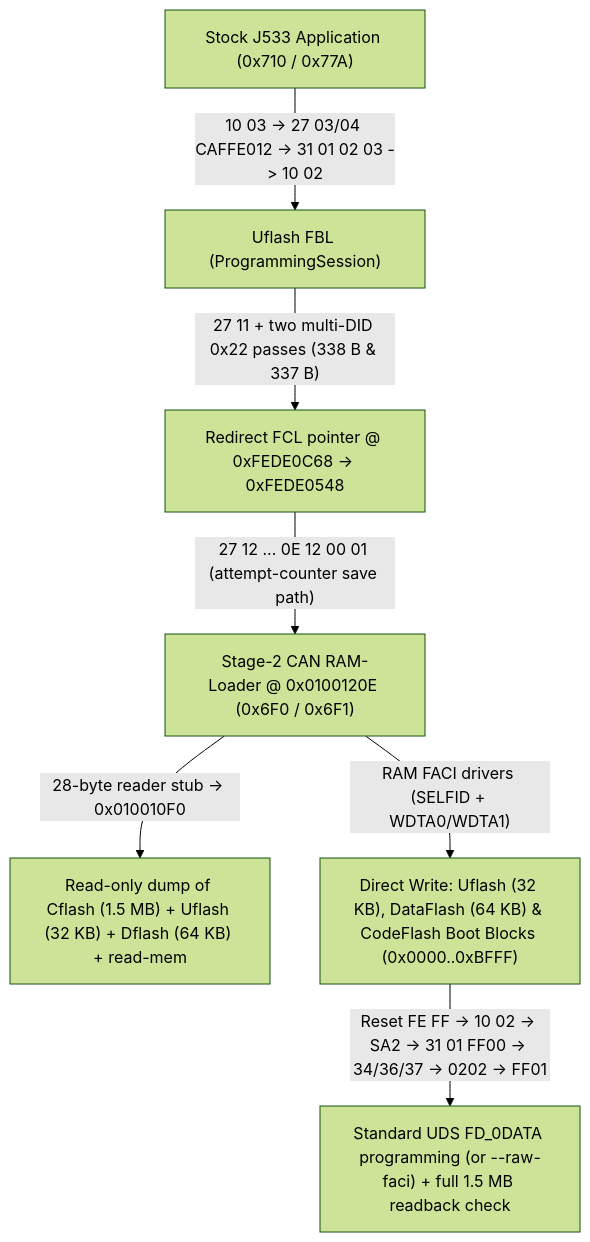
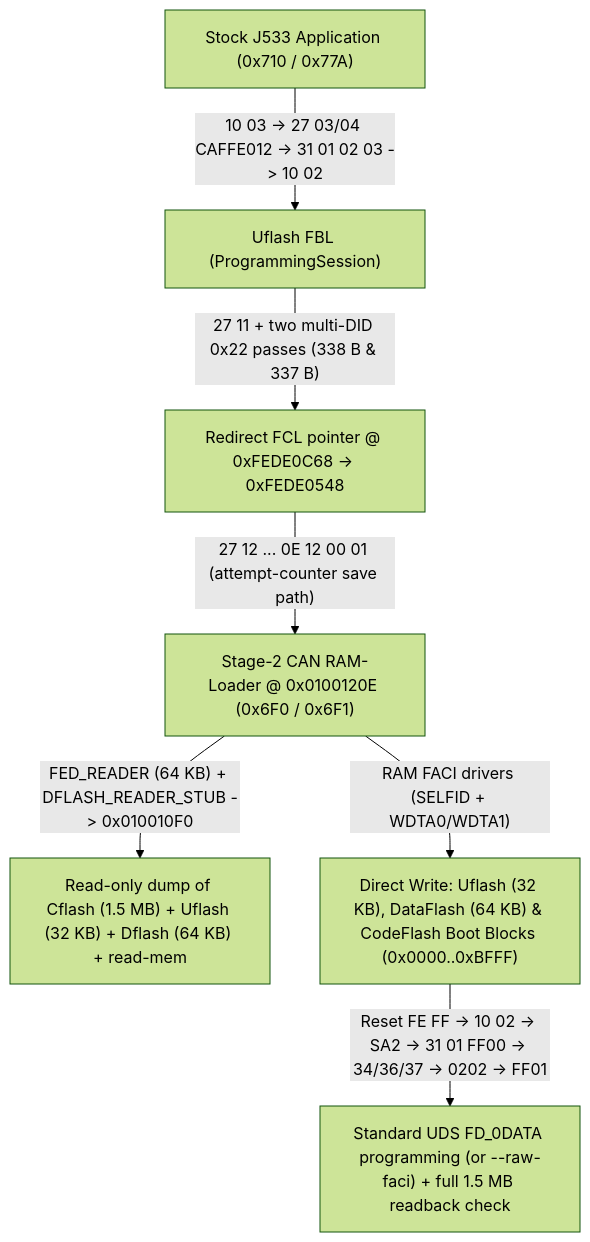
The diagram in docs/can-read-write.en.md (perkthefox/mqb_contitool), drawn with Mermaid (forest theme) before and after one commit. The commit also changed other lines of this file and 47 other files, not shown here.

````diff
--- a/docs/can-read-write.en.md
+++ b/docs/can-read-write.en.md
@@ -47,9 +61,9 @@
 ```mermaid
 flowchart TD
     APP["Stock J533 Application (0x710 / 0x77A)"] -->|"10 03 -> 27 03/04 CAFFE012 -> 31 01 02 03 -> 10 02"| FBL["Uflash FBL (ProgrammingSession)"]
     FBL -->|"27 11 + two multi-DID 0x22 passes (338 B & 337 B)"| DESC["Redirect FCL pointer @ 0xFEDE0C68 -> 0xFEDE0548"]
     DESC -->|"27 12 ... 0E 12 00 01 (attempt-counter save path)"| LOADER["Stage-2 CAN RAM-Loader @ 0x0100120E (0x6F0 / 0x6F1)"]
-    LOADER -->|"28-byte reader stub -> 0x010010F0"| DUMP["Read-only dump of Cflash (1.5 MB) + Uflash (32 KB) + Dflash (64 KB) + read-mem"]
+    LOADER -->|"FED_READER (64 KB) + DFLASH_READER_STUB -> 0x010010F0"| DUMP["Read-only dump of Cflash (1.5 MB) + Uflash (32 KB) + Dflash (64 KB) + read-mem"]
     LOADER -->|"RAM FACI drivers (SELFID + WDTA0/WDTA1)"| FACI["Direct Write: Uflash (32 KB), DataFlash (64 KB) & CodeFlash Boot Blocks (0x0000..0xBFFF)"]
     FACI -->|"Reset FE FF -> 10 02 -> SA2 -> 31 01 FF00 -> 34/36/37 -> 0202 -> FF01"| UDS["Standard UDS FD_0DATA programming (or --raw-faci) + full 1.5 MB readback check"]
 ```
````
